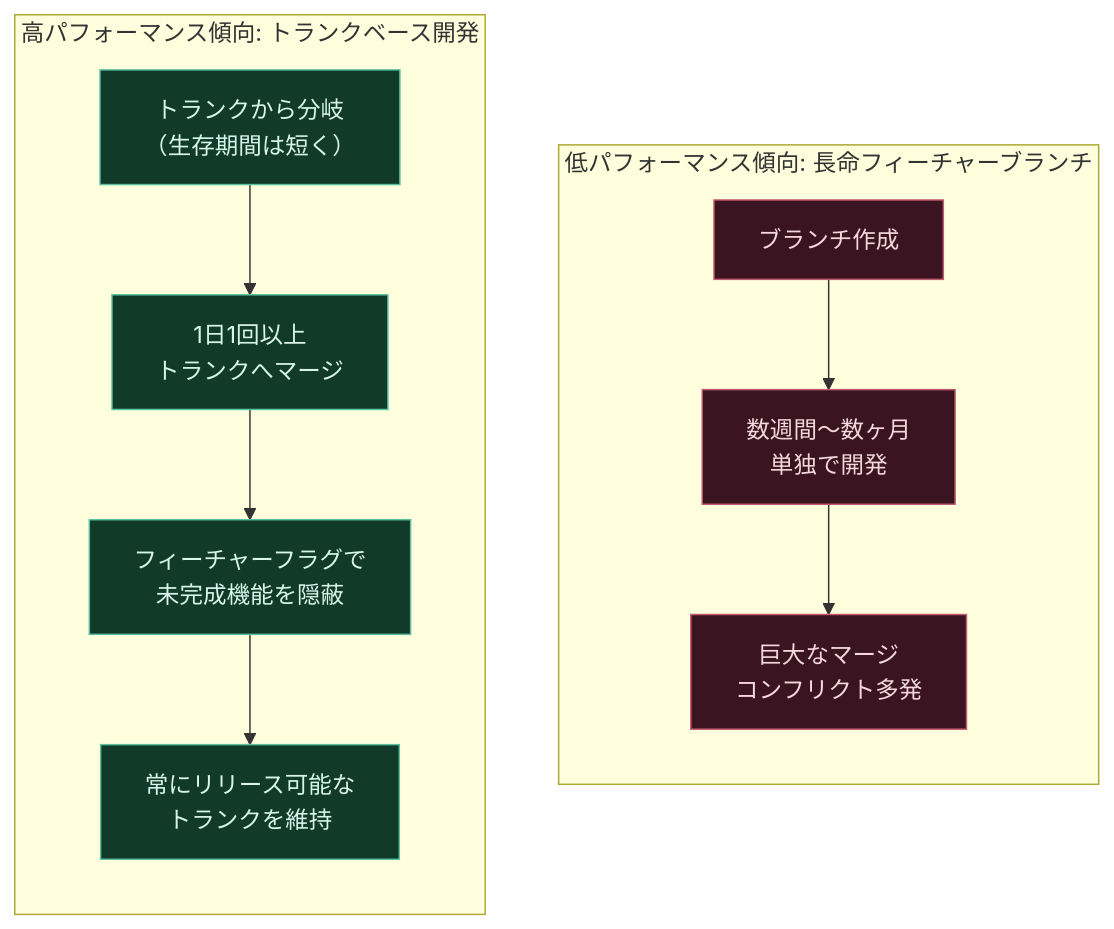
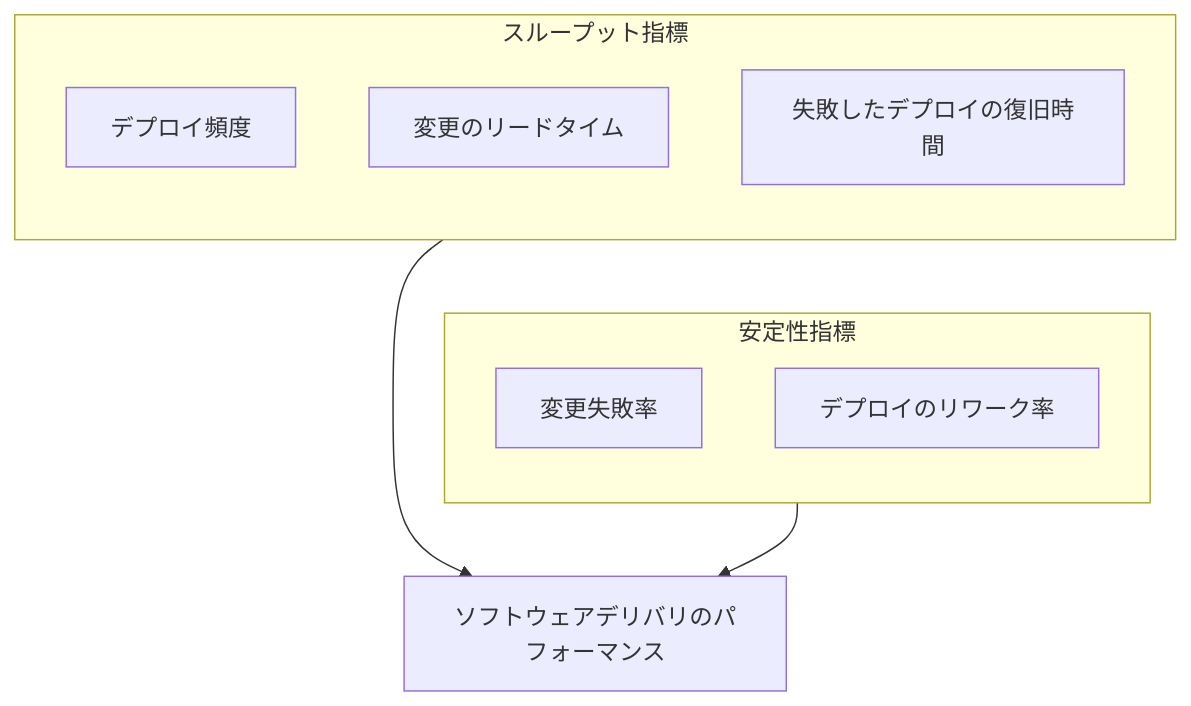
The second of 6 diagrams in Accelerate-lean-devops-guide.md (myoshi2891/Cloud-Infrastructure-Studies), drawn with Mermaid before and after one commit. The commit also changed other lines of this file and 1 other file, not shown here.

````diff
--- a/Accelerate-lean-devops-guide.md
+++ b/Accelerate-lean-devops-guide.md
@@ -287,20 +93,17 @@
 ```mermaid
 flowchart TB
-    subgraph Anti["低パフォーマンス傾向: 長命フィーチャーブランチ"]
+    subgraph TP["スループット指標"]
         direction TB
-        fb1["ブランチ作成"] --> fb2["数週間〜数ヶ月<br/>単独で開発"]
-        fb2 --> fb3["巨大なマージ<br/>コンフリクト多発"]
+        A["デプロイ頻度"]
+        B["変更のリードタイム"]
+        D["失敗したデプロイの復旧時間"]
     end
-
-    subgraph Good["高パフォーマンス傾向: トランクベース開発"]
+    subgraph ST["安定性指標"]
         direction TB
-        tb1["トランクから分岐<br/>（生存期間は短く）"] --> tb2["1日1回以上<br/>トランクへマージ"]
-        tb2 --> tb3["フィーチャーフラグで<br/>未完成機能を隠蔽"]
-        tb3 --> tb4["常にリリース可能な<br/>トランクを維持"]
+        C["変更失敗率"]
+        E["デプロイのリワーク率"]
     end
-
-    classDef bad fill:#3a1420,stroke:#c05a6e,color:#f5d8de
-    classDef good fill:#123a2a,stroke:#5ac0a0,color:#d8f5ec
-    class fb1,fb2,fb3 bad
-    class tb1,tb2,tb3,tb4 good
+    TP ~~~ ST
+    TP --> F["ソフトウェアデリバリのパフォーマンス"]
+    ST --> F
 ```
````
